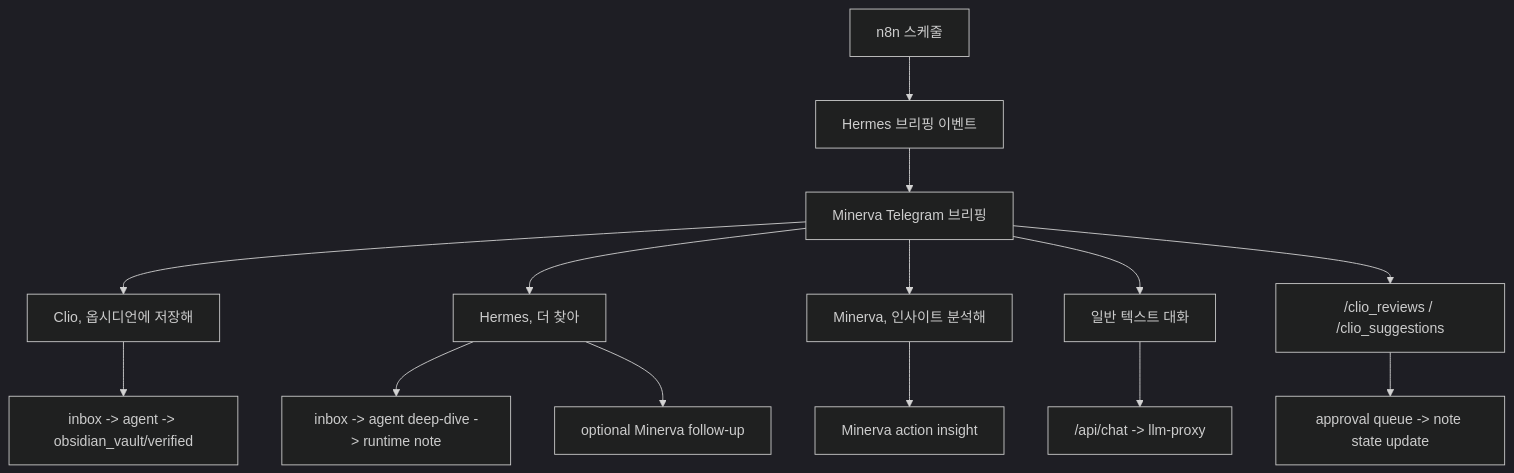
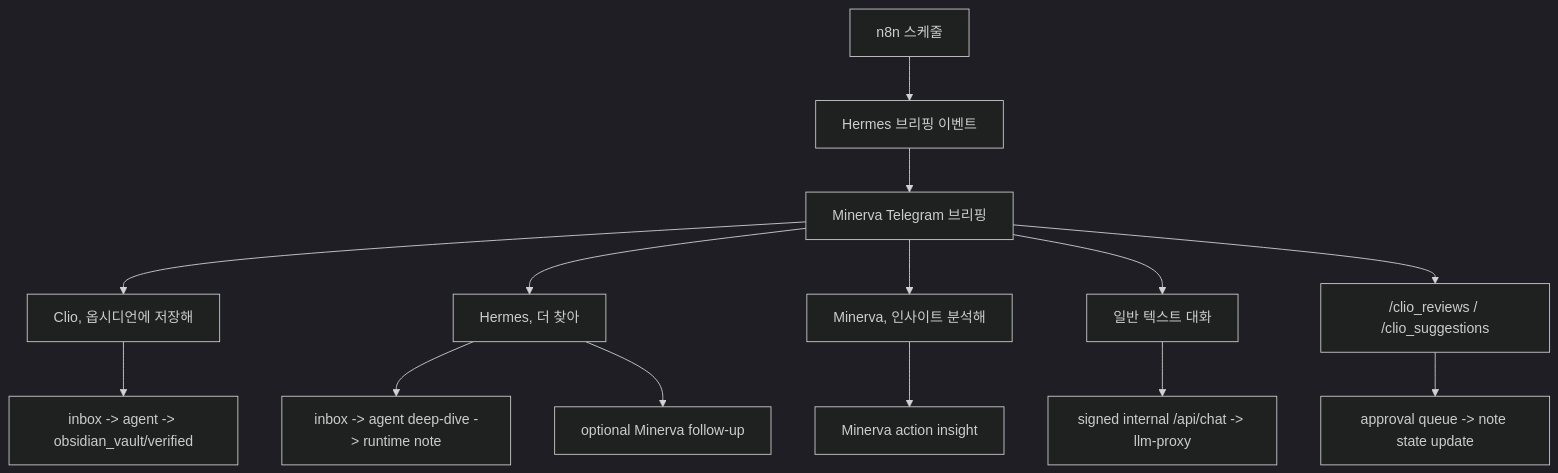
One commit to Merchantlee99/Personal-AI-agent-v2 changed the diagram in docs/USE_CASES.md. Above: the diagram before and after it, drawn with Mermaid (dark theme). The commit also changed other lines of this file and 8 other files, not shown here.

Commit message:
fix: close remaining internal-only proxy surfaces

````diff
--- a/docs/USE_CASES.md
+++ b/docs/USE_CASES.md
@@ -117,17 +117,17 @@
 ```mermaid
 flowchart TD
   A["n8n 스케줄"] --> B["Hermes 브리핑 이벤트"]
   B --> C["Minerva Telegram 브리핑"]
   C --> D1["Clio, 옵시디언에 저장해"]
   C --> D2["Hermes, 더 찾아"]
   C --> D3["Minerva, 인사이트 분석해"]
   C --> D4["일반 텍스트 대화"]
   C --> D5["/clio_reviews / /clio_suggestions"]
 
   D1 --> E1["inbox -> agent -> obsidian_vault/verified"]
   D2 --> E2["inbox -> agent deep-dive -> runtime note"]
   D2 --> E3["optional Minerva follow-up"]
   D3 --> E4["Minerva action insight"]
-  D4 --> E5["/api/chat -> llm-proxy"]
+  D4 --> E5["signed internal /api/chat -> llm-proxy"]
   D5 --> E6["approval queue -> note state update"]
 ```
````
